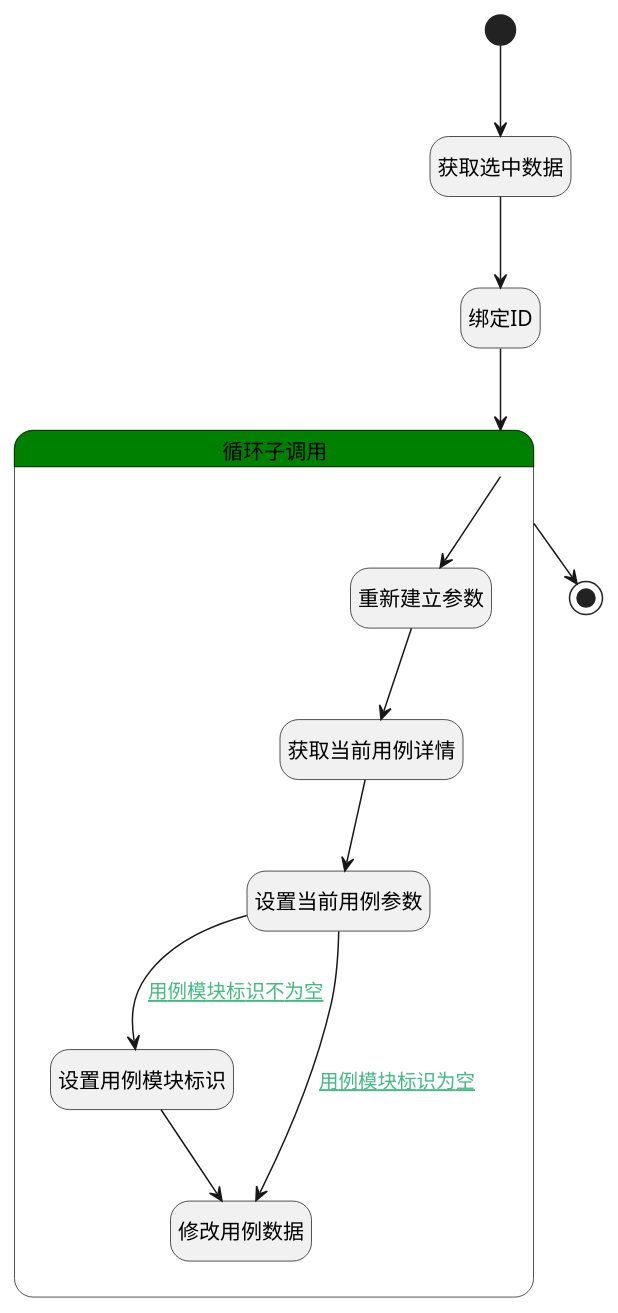
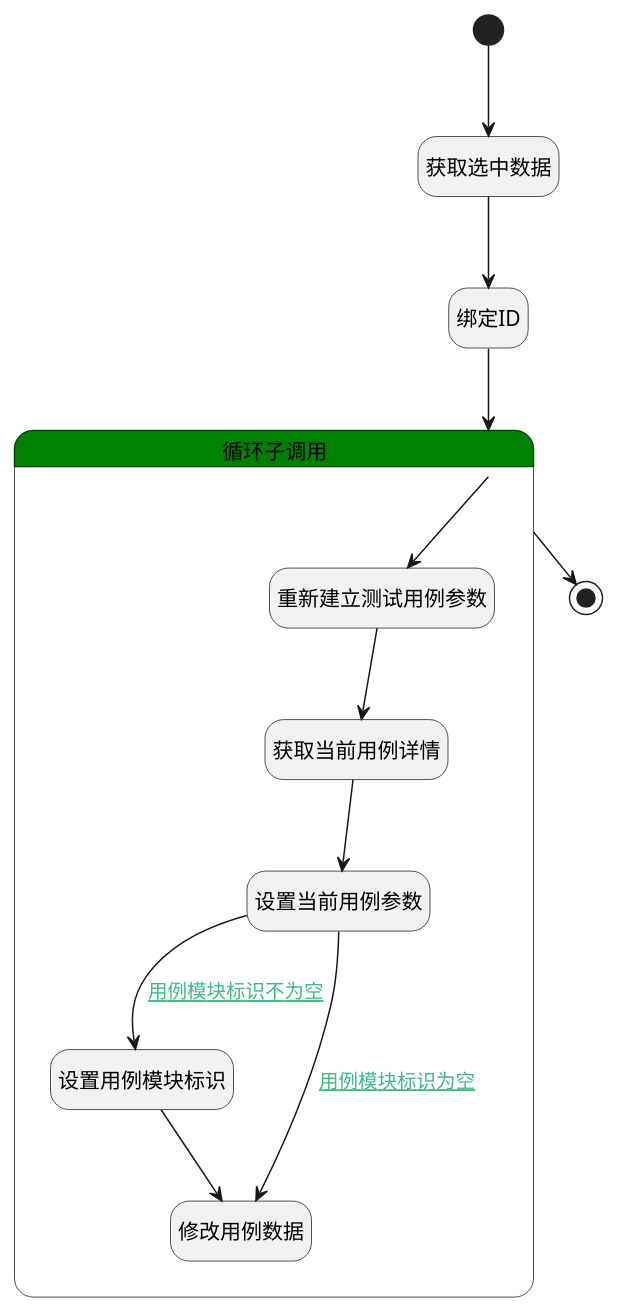
One commit to iBizLab/plm changed the diagram in doc/docsify/module/TestMgmt/test_case/logic/move_test_case.md. Above: the diagram before and after it, drawn with PlantUML. The commit also changed other lines of this file and 1778 other files, not shown here.

````diff
--- a/doc/docsify/module/TestMgmt/test_case/logic/move_test_case.md
+++ b/doc/docsify/module/TestMgmt/test_case/logic/move_test_case.md
@@ -7,37 +7,37 @@
 ```plantuml
 @startuml
 hide empty description
 <style>
 root {
   HyperlinkColor #42b983
 }
 </style>
 
 hide empty description
 state "开始" as Begin <<start>> [[$./move_test_case#begin {"开始"}]]
 state "获取选中数据" as BINDPARAM1  [[$./move_test_case#bindparam1 {"获取选中数据"}]]
 state "绑定ID" as BINDPARAM2  [[$./move_test_case#bindparam2 {"绑定ID"}]]
 state "结束" as END1 <<end>> [[$./move_test_case#end1 {"结束"}]]
 state "循环子调用" as LOOPSUBCALL1  [[$./move_test_case#loopsubcall1 {"循环子调用"}]] #green {
-state "重新建立参数" as RENEWPARAM1  [[$./move_test_case#renewparam1 {"重新建立参数"}]]
+state "重新建立测试用例参数" as RENEWPARAM1  [[$./move_test_case#renewparam1 {"重新建立测试用例参数"}]]
 state "获取当前用例详情" as DEACTION2  [[$./move_test_case#deaction2 {"获取当前用例详情"}]]
 state "设置当前用例参数" as PREPAREPARAM1  [[$./move_test_case#prepareparam1 {"设置当前用例参数"}]]
 state "设置用例模块标识" as PREPAREPARAM2  [[$./move_test_case#prepareparam2 {"设置用例模块标识"}]]
 state "修改用例数据" as DEACTION1  [[$./move_test_case#deaction1 {"修改用例数据"}]]
 }
 
 
 Begin --> BINDPARAM1
 BINDPARAM1 --> BINDPARAM2
 BINDPARAM2 --> LOOPSUBCALL1
 LOOPSUBCALL1 --> END1
 LOOPSUBCALL1 --> RENEWPARAM1
 RENEWPARAM1 --> DEACTION2
 DEACTION2 --> PREPAREPARAM1
 PREPAREPARAM1 --> PREPAREPARAM2 : [[$./move_test_case#prepareparam1-prepareparam2{用例模块标识不为空} 用例模块标识不为空]]
 PREPAREPARAM2 --> DEACTION1
 PREPAREPARAM1 --> DEACTION1 : [[$./move_test_case#prepareparam1-deaction1{用例模块标识为空} 用例模块标识为空]]
 
 
 @enduml
 ```
````
